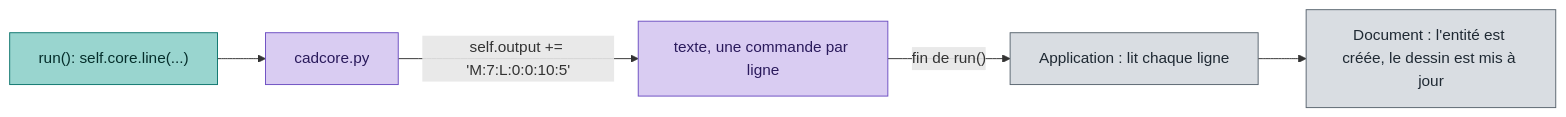
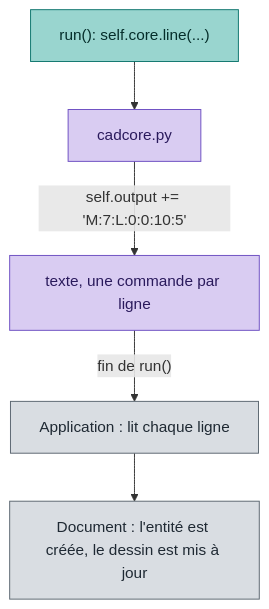
The diagram in docs/CAD-SCRIPTS.fr.md (rebisway/openpostpro), drawn with Mermaid before and after one commit. The commit also changed 4 other files, not shown here.

````diff
--- a/docs/CAD-SCRIPTS.fr.md
+++ b/docs/CAD-SCRIPTS.fr.md
@@ -59,10 +59,10 @@
 ```mermaid
-flowchart LR
+flowchart TB
   run["run(): self.core.line(...)"]:::user --> core["cadcore.py"]:::eng
   core -->|"self.output += 'M:7:L:0:0:10:5'"| txt["texte, une commande par ligne"]:::eng
   txt -->|"fin de run()"| app["Application : lit chaque ligne"]:::app
   app --> doc["Document : l'entité est créée, le dessin est mis à jour"]:::app
   classDef user fill:#99d5cf,stroke:#0f766e,color:#052e2b
   classDef eng fill:#d9ccf2,stroke:#6d4fc2,color:#2a1a5c
   classDef app fill:#d9dde2,stroke:#5b6670,color:#1f2933
 ```
````
